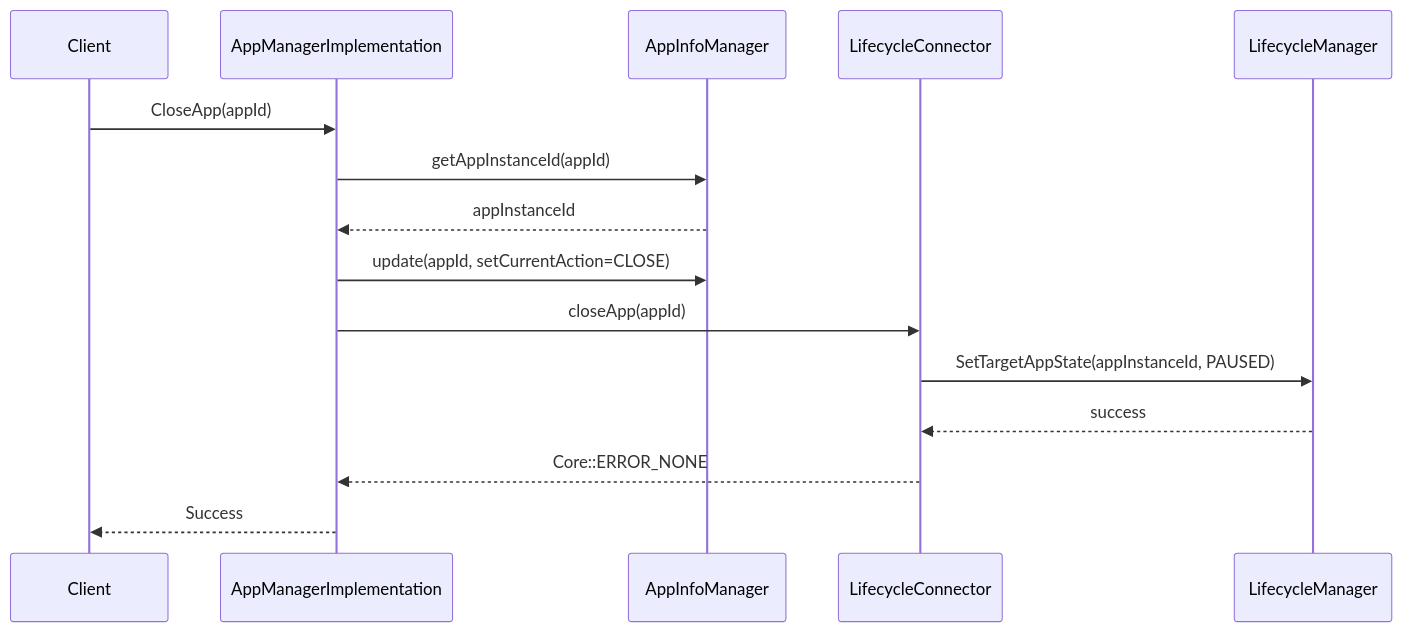
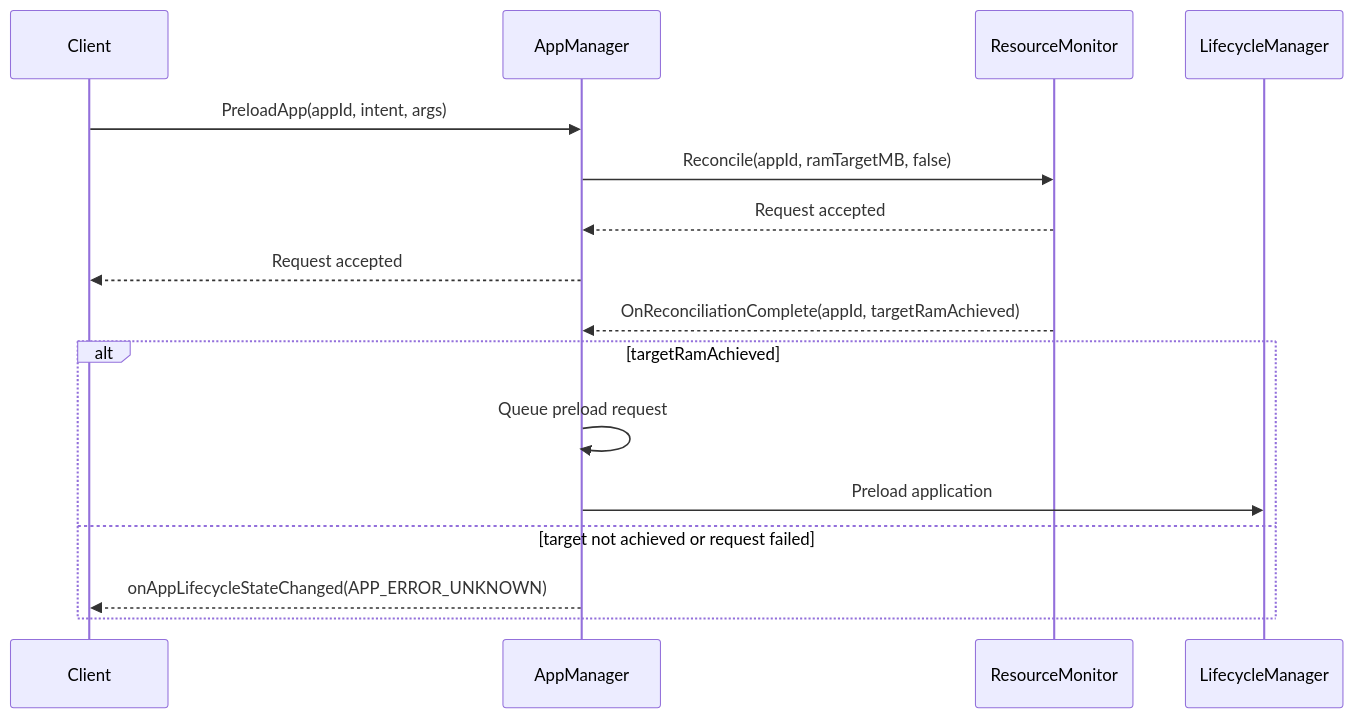
One commit to rdkcentral/entservices-appmanagers changed the second of 3 diagrams in AppManager/AppManager.md. Above: the diagram before and after it, drawn with Mermaid. The commit also changed other lines of this file and 3 other files, not shown here.

````diff
--- a/AppManager/AppManager.md
+++ b/AppManager/AppManager.md
@@ -428,18 +113,19 @@
 ```mermaid
 sequenceDiagram
     participant Client
-    participant Impl as AppManagerImplementation
-    participant AIM as AppInfoManager
-    participant LIC as LifecycleConnector
-    participant LCM as LifecycleManager
+    participant AM as AppManager
+    participant RM as ResourceMonitor
+    participant LM as LifecycleManager
 
-    Client->>Impl: CloseApp(appId)
-    Impl->>AIM: getAppInstanceId(appId)
-    AIM-->>Impl: appInstanceId
-    Impl->>AIM: update(appId, setCurrentAction=CLOSE)
-    Impl->>LIC: closeApp(appId)
-    LIC->>LCM: SetTargetAppState(appInstanceId, PAUSED)
-    LCM-->>LIC: success
-    LIC-->>Impl: Core::ERROR_NONE
-    Impl-->>Client: Success
+    Client->>AM: PreloadApp(appId, intent, args)
+    AM->>RM: Reconcile(appId, ramTargetMB, false)
+    RM-->>AM: Request accepted
+    AM-->>Client: Request accepted
+    RM-->>AM: OnReconciliationComplete(appId, targetRamAchieved)
+    alt targetRamAchieved
+        AM->>AM: Queue preload request
+        AM->>LM: Preload application
+    else target not achieved or request failed
+      AM-->>Client: onAppLifecycleStateChanged(APP_ERROR_UNKNOWN)
+    end
 ```
````
